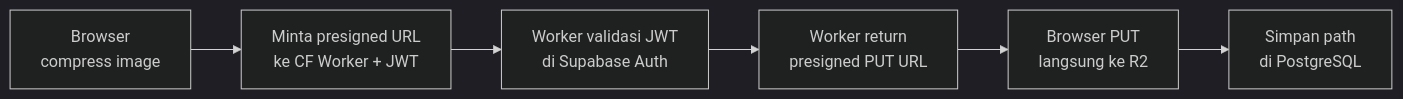
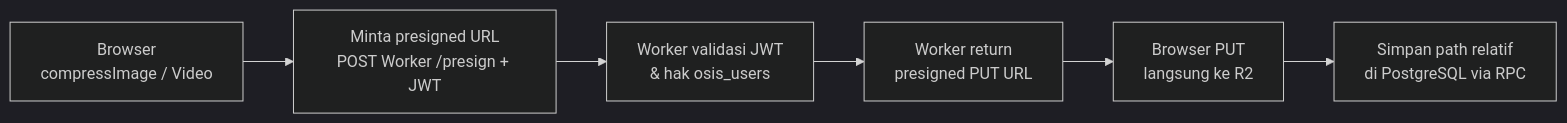
Before and after one commit to zammanzim/osistarpanone: the third of 4 diagrams in project-analysis.md, drawn with Mermaid (dark theme). The commit also changed other lines of this file and 208 other files, not shown here.

````diff
--- a/project-analysis.md
+++ b/project-analysis.md
@@ -240,8 +225,8 @@
 ```mermaid
 flowchart LR
-    A["Browser\ncompress image"] --> B["Minta presigned URL\nke CF Worker + JWT"]
-    B --> C["Worker validasi JWT\ndi Supabase Auth"]
+    A["Browser\ncompressImage / Video"] --> B["Minta presigned URL\nPOST Worker /presign + JWT"]
+    B --> C["Worker validasi JWT\n& hak osis_users"]
     C --> D["Worker return\npresigned PUT URL"]
     D --> E["Browser PUT\nlangsung ke R2"]
-    E --> F["Simpan path\ndi PostgreSQL"]
+    E --> F["Simpan path relatif\ndi PostgreSQL via RPC"]
 ```
````
